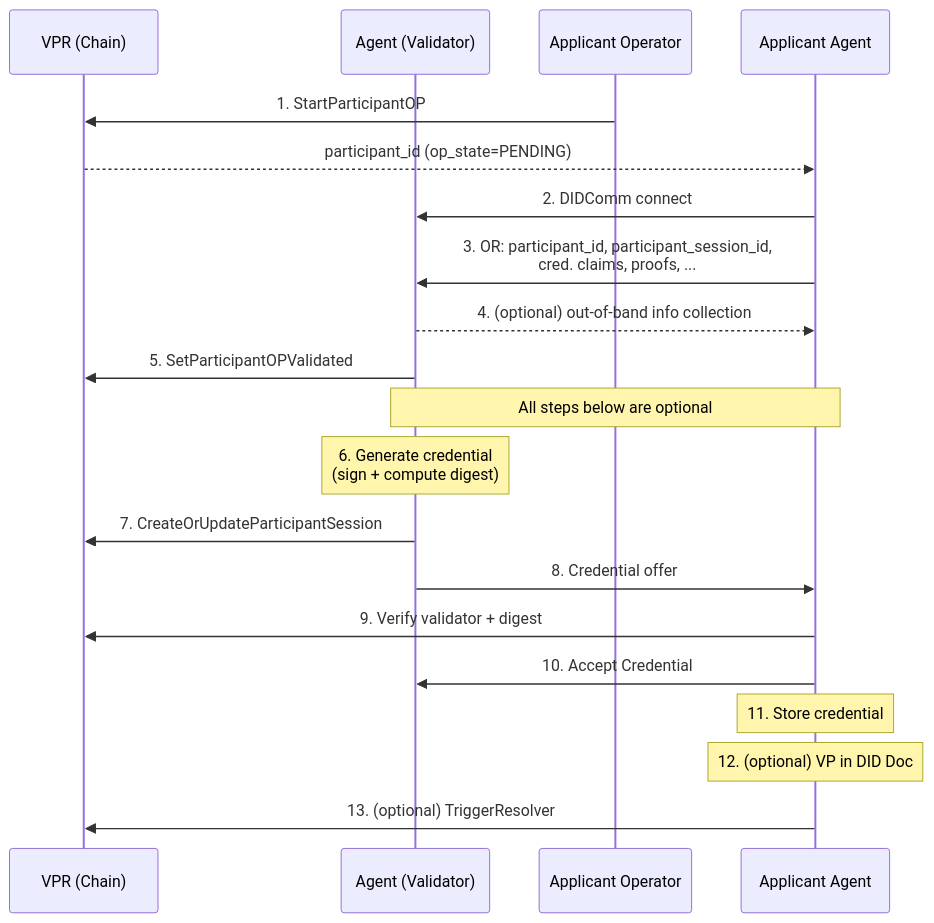
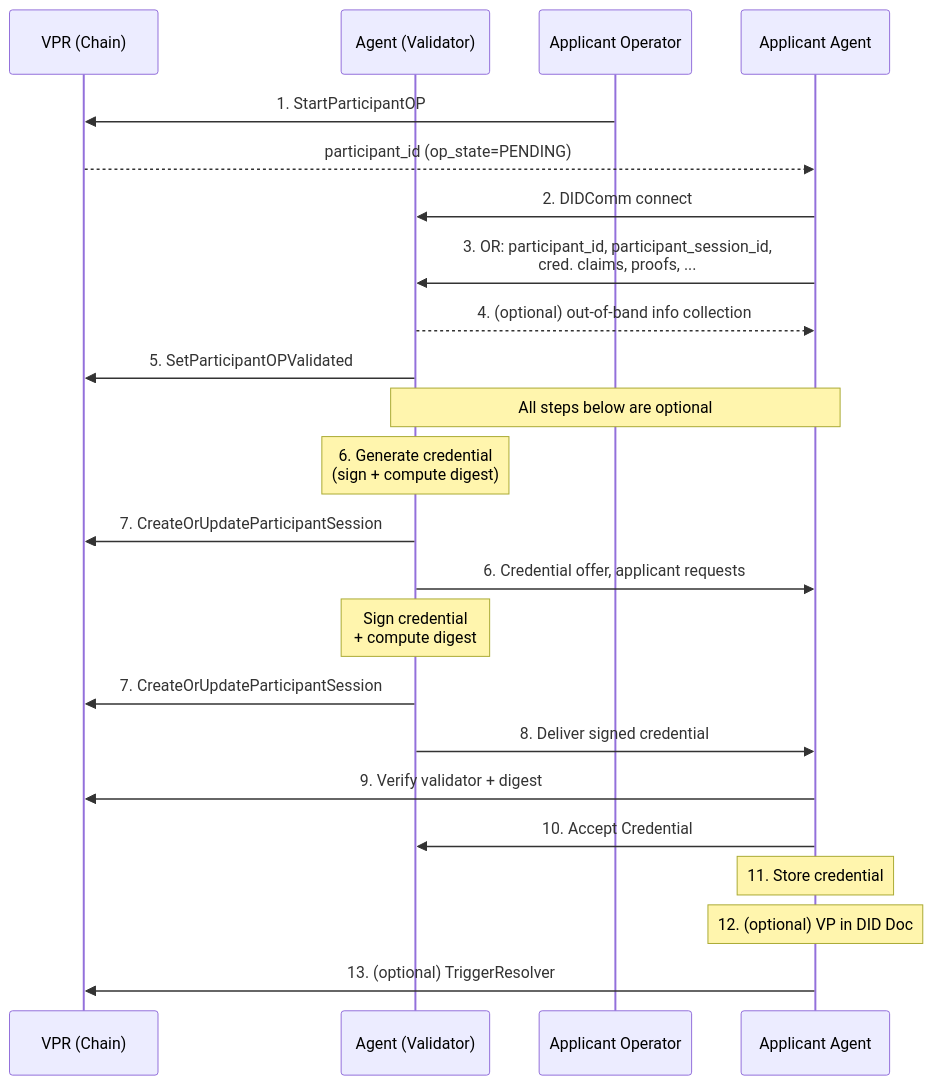
One commit to verana-labs/verana-spec changed the fourth of 9 diagrams in v4/vs-agent/spec.md. Above: the diagram before and after it, drawn with Mermaid.

````diff
--- a/v4/vs-agent/spec.md
+++ b/v4/vs-agent/spec.md
@@ -396,24 +396,27 @@
 ```mermaid
 sequenceDiagram
 
     participant VPR as VPR (Chain)
     participant Validator as Agent (Validator)
 
     Applicant Operator->>VPR: 1. StartParticipantOP
     VPR-->>Applicant Agent: participant_id (op_state=PENDING)
     Applicant Agent->>Validator: 2. DIDComm connect
     Applicant Agent->>Validator: 3. OR: participant_id, participant_session_id,<br/>cred. claims, proofs, ...
     Validator-->>Applicant Agent: 4. (optional) out-of-band info collection
     Validator->>VPR: 5. SetParticipantOPValidated
 
     Note over Applicant Agent,Validator: All steps below are optional
 
     Note over Validator: 6. Generate credential<br/>(sign + compute digest)
     Validator->>VPR: 7. CreateOrUpdateParticipantSession
-    Validator->>Applicant Agent: 8. Credential offer
+    Validator->>Applicant Agent: 6. Credential offer, applicant requests
+    Note over Validator: Sign credential<br/>+ compute digest
+    Validator->>VPR: 7. CreateOrUpdateParticipantSession
+    Validator->>Applicant Agent: 8. Deliver signed credential
     Applicant Agent->>VPR: 9. Verify validator + digest
     Applicant Agent->>Validator: 10. Accept Credential
     Note over Applicant Agent: 11. Store credential
     Note over Applicant Agent: 12. (optional) VP in DID Doc
     Applicant Agent->>VPR: 13. (optional) TriggerResolver
 ```
````
